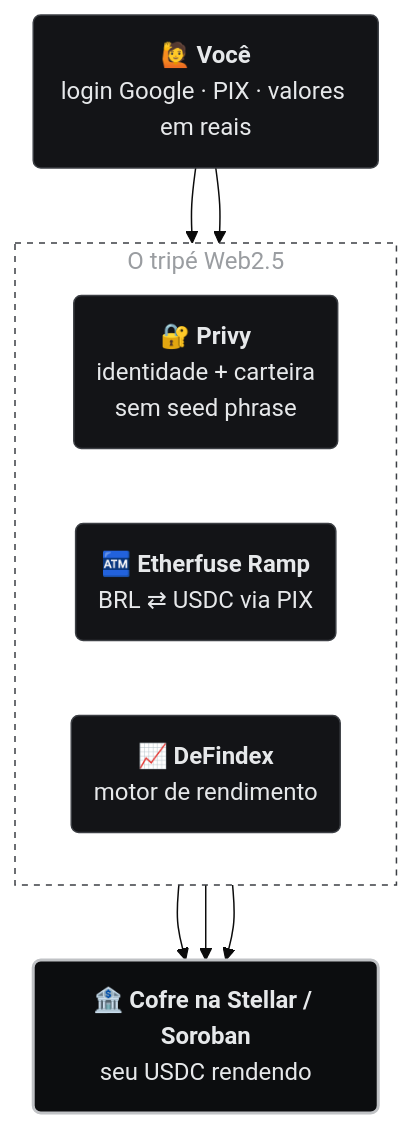
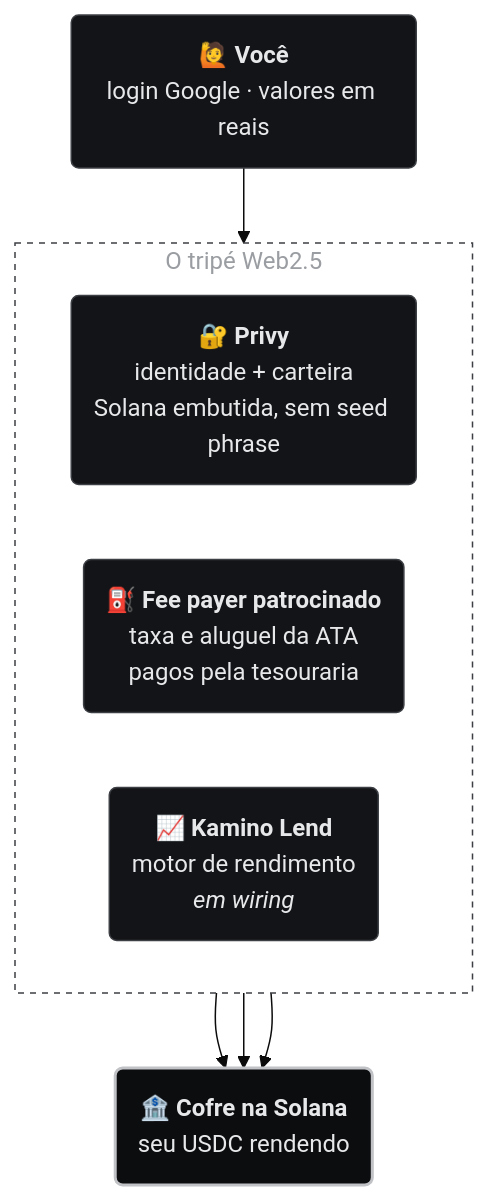
Before and after one commit to Tiago-Alcantara/yield2Pay-solana: the second of 3 diagrams in README.md, drawn with Mermaid (base theme). The commit also changed other lines of this file and 42 other files, not shown here.

First line of the commit message:
feat: migrate family vault from Stellar/DeFindex to Solana/Kamino

````diff
--- a/README.md
+++ b/README.md
@@ -168,25 +172,24 @@
 ```mermaid
 flowchart TB
-    U("🙋 <b>Você</b><br/>login Google · PIX · valores em reais")
+    U("🙋 <b>Você</b><br/>login Google · valores em reais")
 
     subgraph tripe["O tripé Web2.5"]
         direction LR
-        P("🔐 <b>Privy</b><br/>identidade + carteira<br/>sem seed phrase")
-        R("🏧 <b>Etherfuse Ramp</b><br/>BRL ⇄ USDC via PIX")
-        D("📈 <b>DeFindex</b><br/>motor de rendimento")
+        P("🔐 <b>Privy</b><br/>identidade + carteira<br/>Solana embutida, sem seed phrase")
+        S("⛽ <b>Fee payer patrocinado</b><br/>taxa e aluguel da ATA<br/>pagos pela tesouraria")
+        K("📈 <b>Kamino Lend</b><br/>motor de rendimento<br/><i>em wiring</i>")
     end
 
-    V("🏦 <b>Cofre na Stellar / Soroban</b><br/>seu USDC rendendo")
+    V("🏦 <b>Cofre na Solana</b><br/>seu USDC rendendo")
 
     U --> P
-    U --> R
     P --> V
-    R --> V
-    D --> V
+    S --> V
+    K --> V
 
     classDef box fill:#131417,stroke:#3c3f44,stroke-width:1px,color:#E6E8EA
     classDef vault fill:#0c0d0f,stroke:#C0C2C5,stroke-width:2px,color:#E6E8EA
-    class U,P,R,D box
+    class U,P,S,K box
     class V vault
     style tripe fill:#0c0d0f00,stroke:#3c3f44,stroke-dasharray:4 4,color:#9A9DA1
 ```
````
